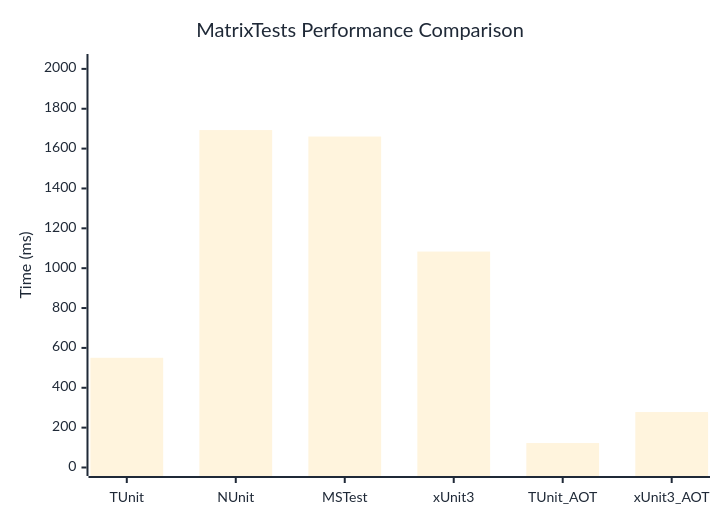
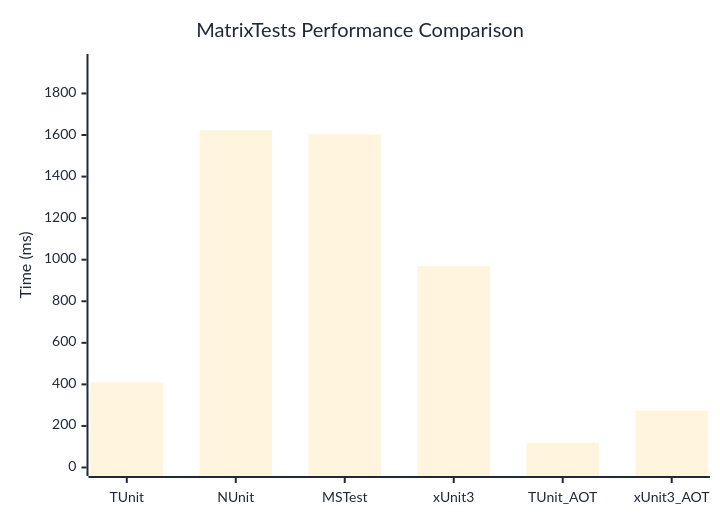
The diagram in docs/docs/benchmarks/engine/MatrixTests.md (thomhurst/TUnit), drawn with Mermaid before and after one commit. The commit also changed other lines of this file and 18 other files, not shown here.

````diff
--- a/docs/docs/benchmarks/engine/MatrixTests.md
+++ b/docs/docs/benchmarks/engine/MatrixTests.md
@@ -30,37 +30,37 @@
 ```mermaid
 %%{init: {
   'theme':'base',
   'themeVariables': {
     'primaryColor': '#2563eb',
     'primaryTextColor': '#1f2937',
     'primaryBorderColor': '#1e40af',
     'lineColor': '#6b7280',
     'secondaryColor': '#7c3aed',
     'tertiaryColor': '#dc2626',
     'background': '#ffffff',
     'mainBkg': '#2563eb',
     'secondBkg': '#7c3aed',
     'tertiaryBkg': '#dc2626',
     'clusterBkg': '#f3f4f6',
     'edgeLabelBackground': '#ffffff',
     'tertiaryTextColor': '#1f2937',
     'pie1': '#2563eb',
     'pie2': '#7c3aed',
     'pie3': '#dc2626',
     'pie4': '#f59e0b',
     'pie5': '#10b981',
     'pie6': '#06b6d4',
     'pie7': '#ec4899',
     'pie8': '#6366f1',
     'pie9': '#84cc16',
     'pie10': '#f97316',
     'pie11': '#14b8a6',
     'pie12': '#a855f7'
   }
 }}%%
 xychart-beta
   title "MatrixTests Performance Comparison"
   x-axis ["TUnit", "NUnit", "MSTest", "xUnit3", "TUnit_AOT", "xUnit3_AOT"]
-  y-axis "Time (ms)" 0 --> 2032
-  bar [550.5, 1693, 1660.5, 1083.5, 122.7, 278.2]
+  y-axis "Time (ms)" 0 --> 1949
+  bar [410.6, 1623.6, 1604, 969.5, 119, 273.8]
 ```
````
